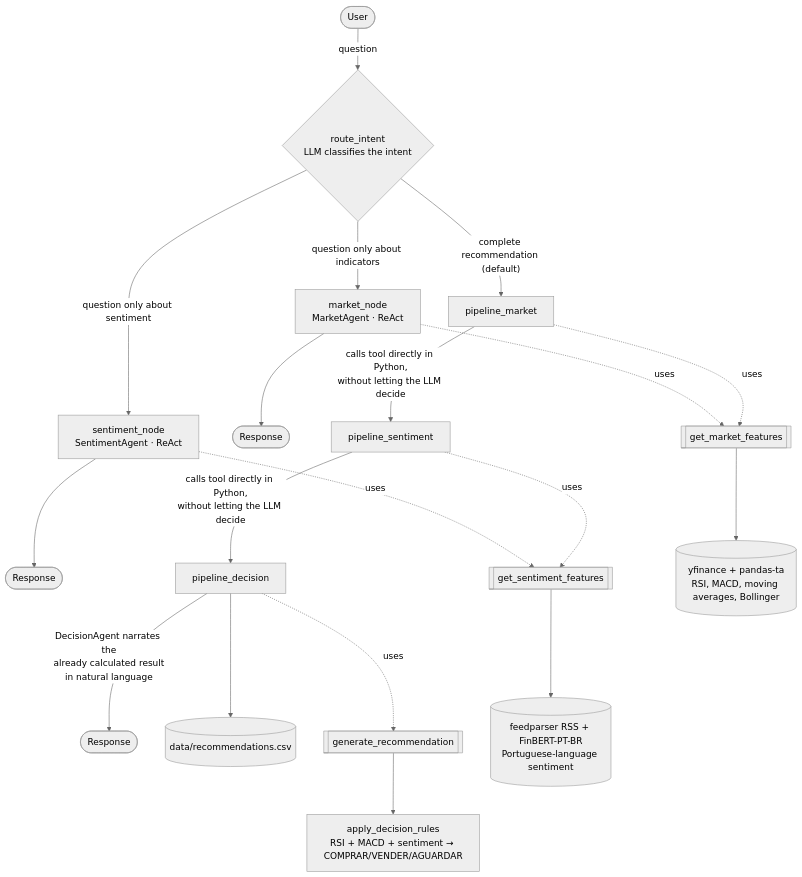
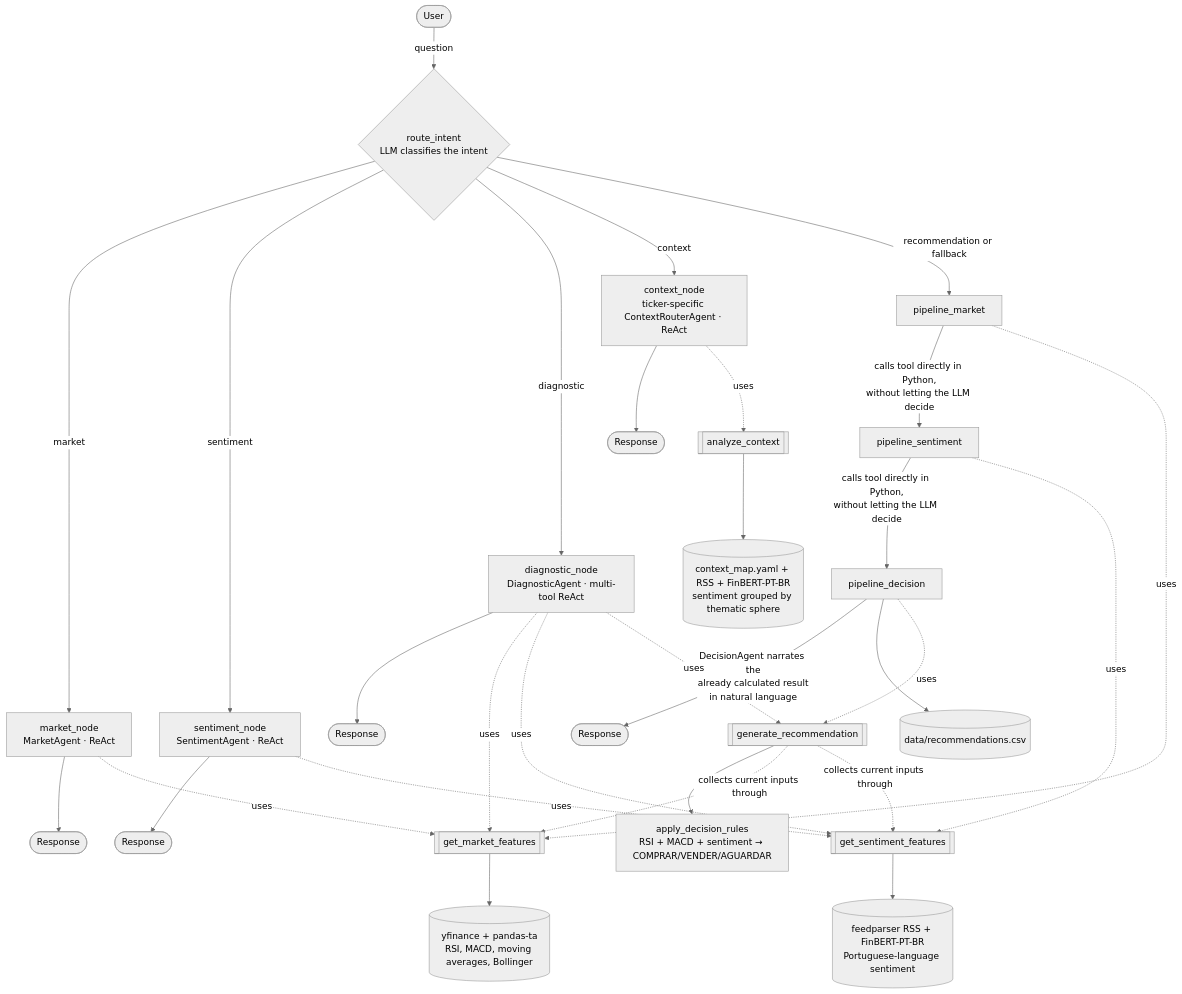
The first of 2 diagrams in docs/architecture.md (lbchat/financial-multiagents-en), drawn with Mermaid (neutral theme) before and after one commit. The commit also changed other lines of this file and 2 other files, not shown here.

Commit message:
docs: update current architecture and setup guidance

````diff
--- a/docs/architecture.md
+++ b/docs/architecture.md
@@ -9,26 +9,37 @@
 ```mermaid
 flowchart TD
     U([User]) -->|question| ROUTE{route_intent<br/>LLM classifies the intent}
 
-    ROUTE -->|"question only about indicators"| MNODE[market_node<br/>MarketAgent · ReAct]
-    ROUTE -->|"question only about sentiment"| SNODE[sentiment_node<br/>SentimentAgent · ReAct]
-    ROUTE -->|"complete recommendation (default)"| PM[pipeline_market]
+    ROUTE -->|"market"| MNODE[market_node<br/>MarketAgent · ReAct]
+    ROUTE -->|"sentiment"| SNODE[sentiment_node<br/>SentimentAgent · ReAct]
+    ROUTE -->|"diagnostic"| DNODE[diagnostic_node<br/>DiagnosticAgent · multi-tool ReAct]
+    ROUTE -->|"context"| CNODE[context_node<br/>ticker-specific ContextRouterAgent · ReAct]
+    ROUTE -->|"recommendation or fallback"| PM[pipeline_market]
 
     MNODE --> RESP1([Response])
     SNODE --> RESP2([Response])
+    DNODE --> RESP4([Response])
+    CNODE --> RESP5([Response])
 
     PM -->|"calls tool directly in Python,<br/>without letting the LLM decide"| PS[pipeline_sentiment]
     PS -->|"calls tool directly in Python,<br/>without letting the LLM decide"| PD[pipeline_decision]
     PD -->|"DecisionAgent narrates the<br/>already calculated result<br/>in natural language"| RESP3([Response])
     PD --> CSV[(data/recommendations.csv)]
 
     MNODE -.uses.-> T1[[get_market_features]]
     PM -.uses.-> T1
     SNODE -.uses.-> T2[[get_sentiment_features]]
     PS -.uses.-> T2
+    DNODE -.uses.-> T1
+    DNODE -.uses.-> T2
+    DNODE -.uses.-> T3
+    CNODE -.uses.-> T4[[analyze_context]]
     PD -.uses.-> T3[[generate_recommendation]]
 
     T1 --> D1[(yfinance + pandas-ta<br/>RSI, MACD, moving averages, Bollinger)]
     T2 --> D2[(feedparser RSS + FinBERT-PT-BR<br/>Portuguese-language sentiment)]
     T3 --> D3[apply_decision_rules<br/>RSI + MACD + sentiment → COMPRAR/VENDER/AGUARDAR]
+    T3 -.collects current inputs through.-> T1
+    T3 -.collects current inputs through.-> T2
+    T4 --> D4[(context_map.yaml + RSS + FinBERT-PT-BR<br/>sentiment grouped by thematic sphere)]
 ```
````
